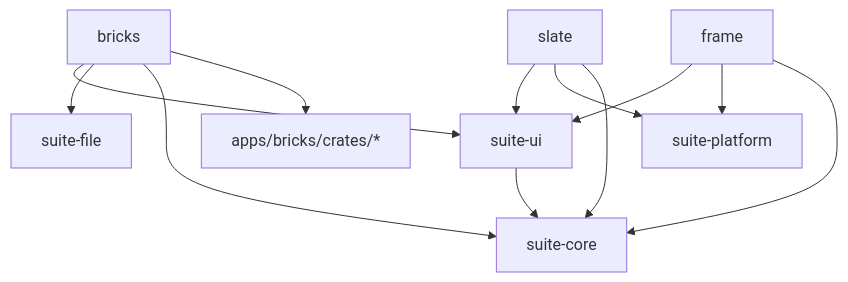
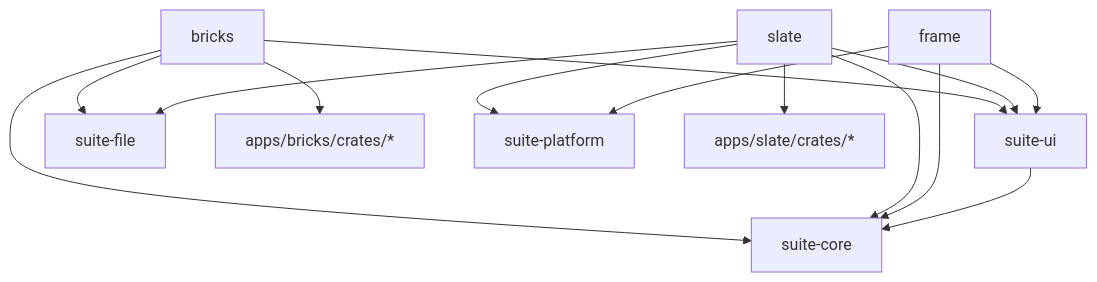
The diagram in docs/architecture/overview.md (avdrav1/bricks), drawn with Mermaid before and after one commit. The commit also changed other lines of this file and 8 other files, not shown here.

````diff
--- a/docs/architecture/overview.md
+++ b/docs/architecture/overview.md
@@ -35,14 +35,16 @@
 ```mermaid
 graph TD
     bricks --> suite-ui
     bricks --> suite-file
     bricks --> suite-core
     bricks --> bricks-crates["apps/bricks/crates/*"]
     slate --> suite-ui
     slate --> suite-platform
+    slate --> suite-file
     slate --> suite-core
+    slate --> slate-crates["apps/slate/crates/*"]
     frame --> suite-ui
     frame --> suite-platform
     frame --> suite-core
     suite-ui --> suite-core
 ```
````
